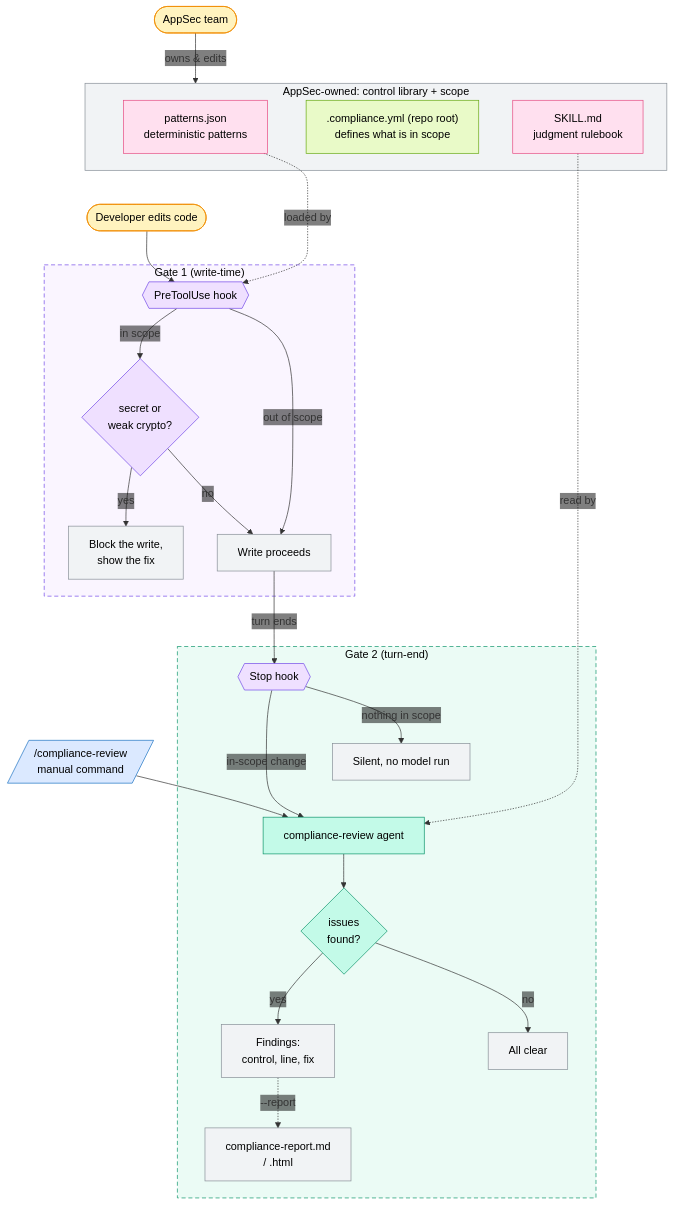
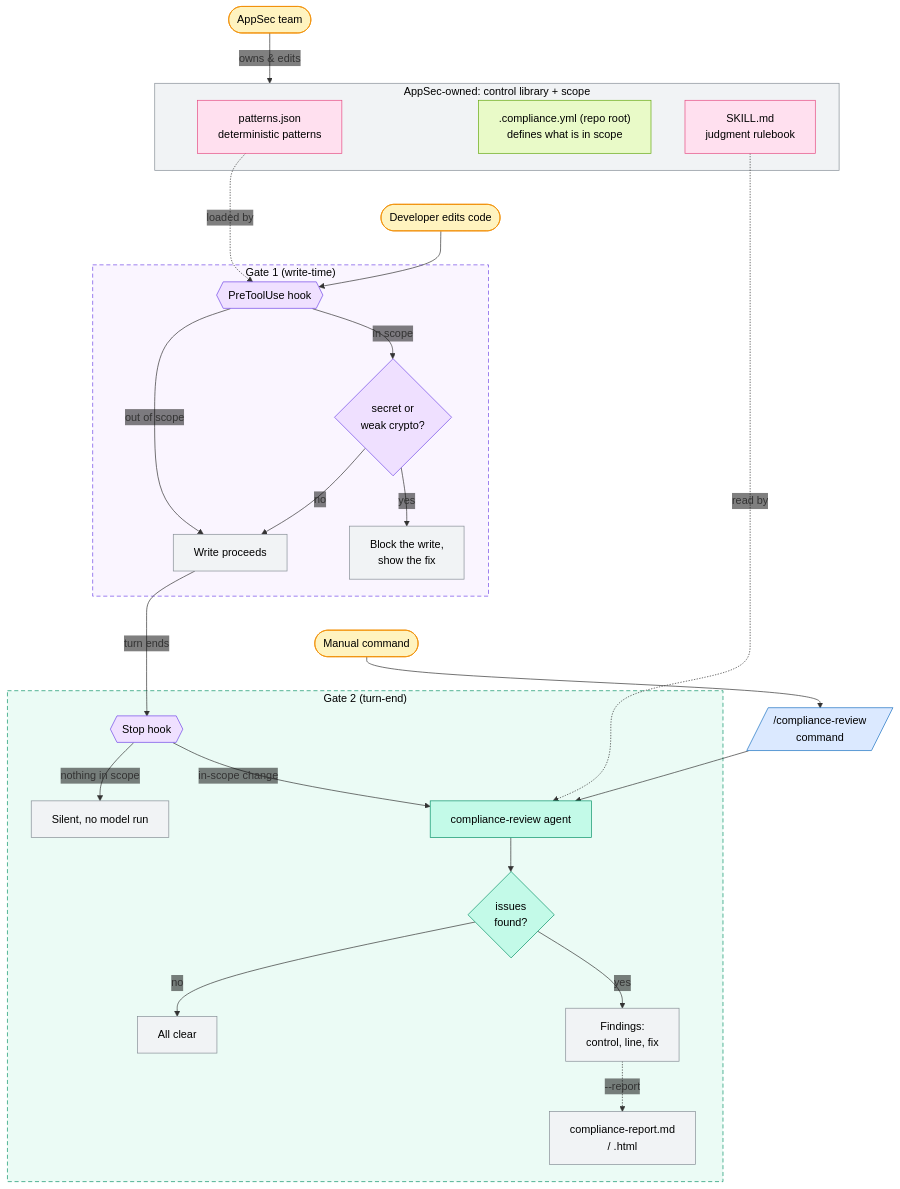
Before and after one commit to Juantomasgomez7/compliance-support: the second of 2 diagrams in README.md, drawn with Mermaid.

Commit message:
docs: keep the human bubble, shorten it to 'Manual command'
The yellow human-action bubble stays (it marks who triggers the flow);
its label drops from 'Runs command on demand' to 'Manual command' so
the pair fits beside Gate 2, with the rank pin keeping it level with
the agent.

````diff
--- a/README.md
+++ b/README.md
@@ -74,64 +74,65 @@
 ```mermaid
 %%{init: {'themeVariables': {'edgeLabelBackground': 'transparent'}}}%%
 flowchart TD
     classDef human fill:#fff3bf,stroke:#f08c00,color:#000000
     classDef hook fill:#efe0ff,stroke:#7048e8,color:#000000
     classDef agent fill:#c3fae8,stroke:#099268,color:#000000
     classDef skill fill:#ffe0ef,stroke:#e64980,color:#000000
     classDef command fill:#dbe9ff,stroke:#1971c2,color:#000000
     classDef state fill:#f1f3f5,stroke:#868e96,color:#000000
     classDef config fill:#e9fac8,stroke:#66a80f,color:#000000
 
     APPSEC(["AppSec team"]) -->|"owns & edits"| CL
     subgraph CL["AppSec-owned: control library + scope"]
         PATT["patterns.json<br/>deterministic patterns"]
         SCOPE[".compliance.yml (repo root)<br/>defines what is in scope"]
         SKILLMD["SKILL.md<br/>judgment rulebook"]
     end
     CL ~~~ DEV([Developer edits code])
 
     subgraph G1["Gate 1 (write-time)"]
         H1{{"PreToolUse hook"}}
         VIOL{"secret or<br/>weak crypto?"}
         SAVE["Write proceeds"]
         BLOCK["Block the write,<br/>show the fix"]
     end
 
     subgraph G2["Gate 2 (turn-end)"]
         H2{{"Stop hook"}}
         SILENT["Silent, no model run"]
         AGENT["compliance-review agent"]
         REVIEW{"issues<br/>found?"}
         CLEAN["All clear"]
         OUT["Findings:<br/>control, line, fix"]
         REPORT["compliance-report.md<br/>/ .html"]
     end
 
     DEV --> H1
     PATT -.->|"loaded by"| H1
     H1 -->|"out of scope"| SAVE
     H1 -->|"in scope"| VIOL
     VIOL -->|"no"| SAVE
     VIOL -->|"yes"| BLOCK
     SAVE -->|"turn ends"| H2
     H2 -->|"nothing in scope"| SILENT
     H2 -->|"in-scope change"| AGENT
-    H2 ~~~ CMD[/"/compliance-review<br/>manual command"/]
+    RUN(["Manual command"]) --> CMD[/"/compliance-review<br/>command"/]
+    SAVE ~~~ RUN
     CMD --> AGENT
     SKILLMD -.->|"read by"| AGENT
     AGENT --> REVIEW
     REVIEW -->|"no"| CLEAN
     REVIEW -->|"yes"| OUT
     OUT -.->|"--report"| REPORT
 
-    class DEV,APPSEC human
+    class DEV,APPSEC,RUN human
     class H1,H2,VIOL hook
     class AGENT,REVIEW agent
     class PATT,SKILLMD skill
     class SCOPE config
     class CMD command
     class BLOCK,SAVE,SILENT,OUT,CLEAN,REPORT state
     style CL fill:#f1f3f5,stroke:#868e96,color:#000000
     style G1 fill:#faf5ff,stroke:#7048e8,stroke-dasharray:6 4,color:#000000
     style G2 fill:#ebfbf5,stroke:#099268,stroke-dasharray:6 4,color:#000000
 ```
````
